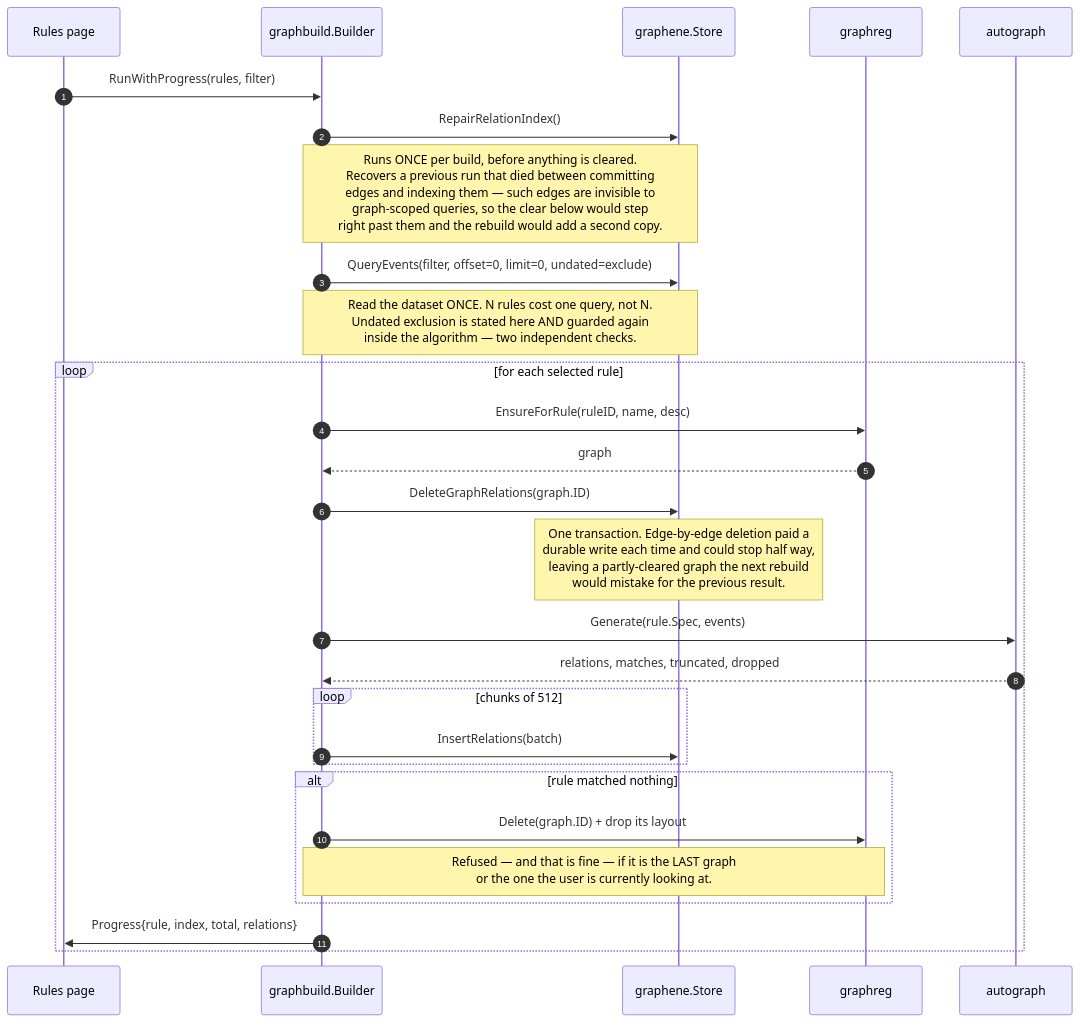
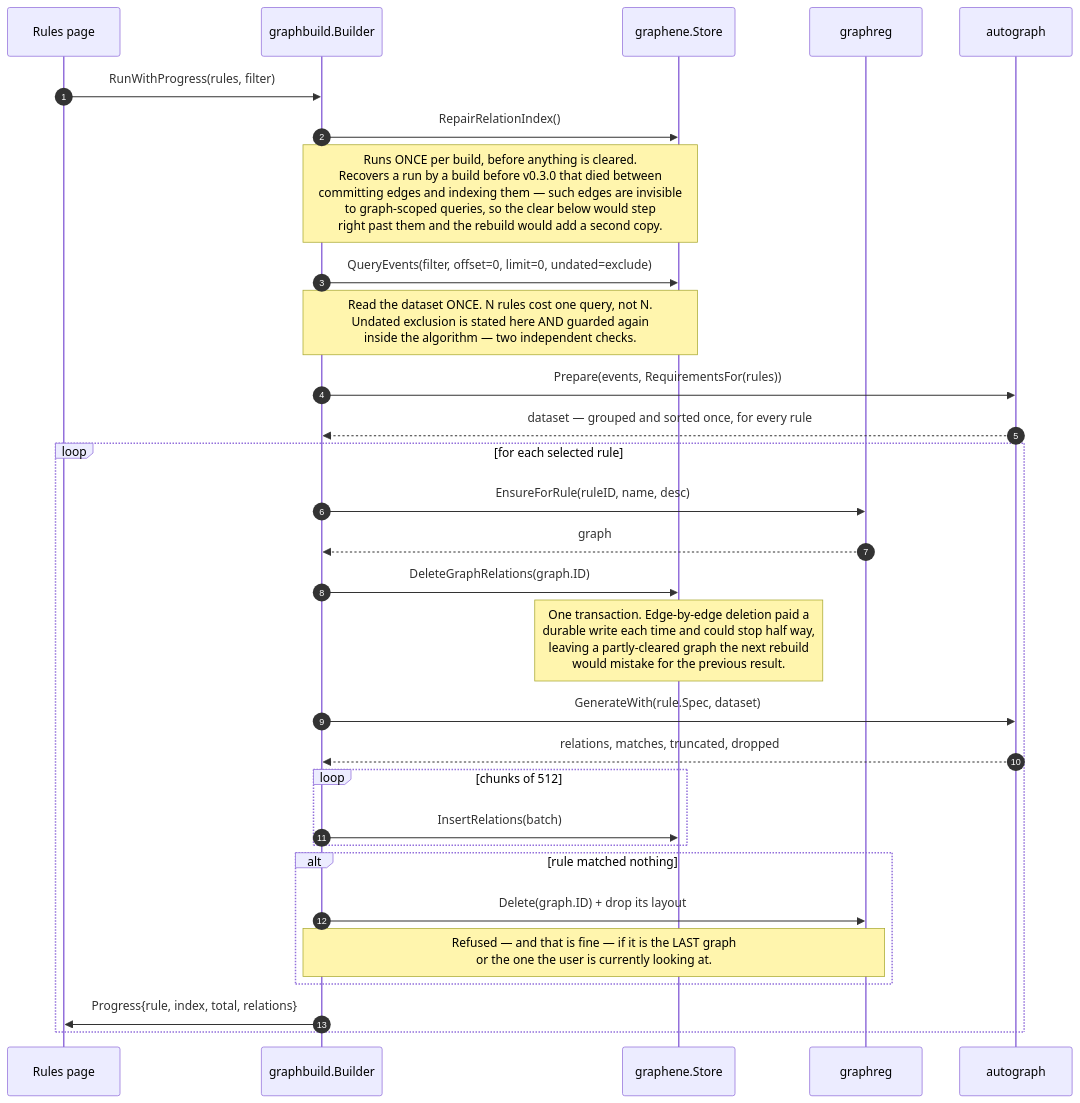
Before and after one commit to aoiflux/rohy: diagram 16 of 22 in LLD.md, drawn with Mermaid. The commit also changed other lines of this file and 34 other files, not shown here.

````diff
--- a/LLD.md
+++ b/LLD.md
@@ -1391,32 +1414,34 @@
 ```mermaid
 sequenceDiagram
     autonumber
     participant UI as Rules page
     participant B as graphbuild.Builder
     participant S as graphene.Store
     participant R as graphreg
     participant A as autograph
 
     UI->>B: RunWithProgress(rules, filter)
     B->>S: RepairRelationIndex()
-    Note over B,S: Runs ONCE per build, before anything is cleared.<br/>Recovers a previous run that died between committing<br/>edges and indexing them — such edges are invisible to<br/>graph-scoped queries, so the clear below would step<br/>right past them and the rebuild would add a second copy.
+    Note over B,S: Runs ONCE per build, before anything is cleared.<br/>Recovers a run by a build before v0.3.0 that died between<br/>committing edges and indexing them — such edges are invisible<br/>to graph-scoped queries, so the clear below would step<br/>right past them and the rebuild would add a second copy.
     B->>S: QueryEvents(filter, offset=0, limit=0, undated=exclude)
     Note over B,S: Read the dataset ONCE. N rules cost one query, not N.<br/>Undated exclusion is stated here AND guarded again<br/>inside the algorithm — two independent checks.
+    B->>A: Prepare(events, RequirementsFor(rules))
+    A-->>B: dataset — grouped and sorted once, for every rule
 
     loop for each selected rule
         B->>R: EnsureForRule(ruleID, name, desc)
         R-->>B: graph
         B->>S: DeleteGraphRelations(graph.ID)
         Note over S: One transaction. Edge-by-edge deletion paid a<br/>durable write each time and could stop half way,<br/>leaving a partly-cleared graph the next rebuild<br/>would mistake for the previous result.
-        B->>A: Generate(rule.Spec, events)
+        B->>A: GenerateWith(rule.Spec, dataset)
         A-->>B: relations, matches, truncated, dropped
         loop chunks of 512
             B->>S: InsertRelations(batch)
         end
         alt rule matched nothing
             B->>R: Delete(graph.ID) + drop its layout
             Note over B,R: Refused — and that is fine — if it is the LAST graph<br/>or the one the user is currently looking at.
         end
         B->>UI: Progress{rule, index, total, relations}
     end
 ```
````
